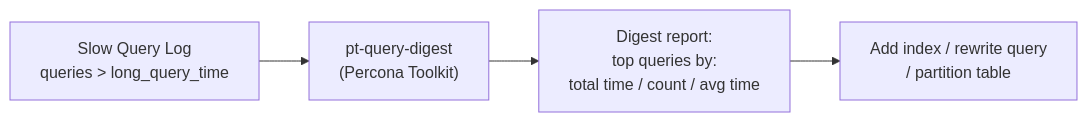
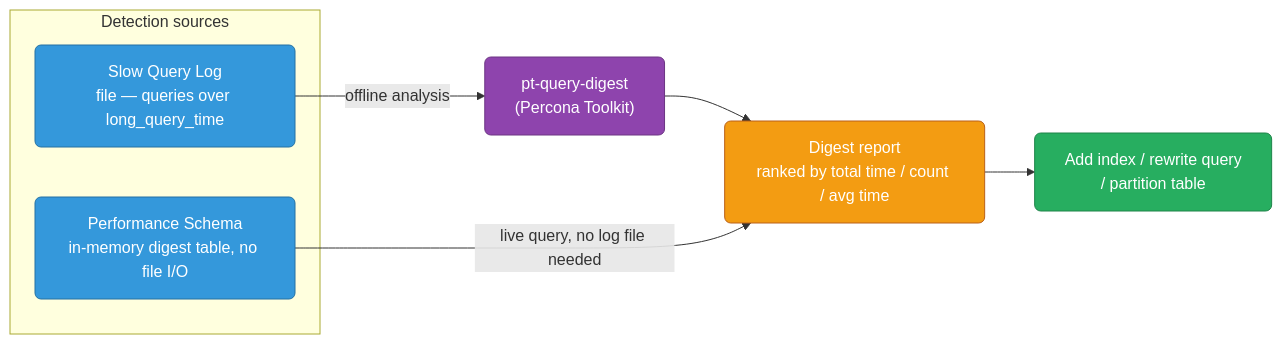
One commit to deepanshu-rawat6/DevOpsIndex changed the sixth of 7 diagrams in databases/mysql-internals.md. Above: the diagram before and after it, drawn with Mermaid. The commit also changed other lines of this file and 7 other files, not shown here.

````diff
--- a/databases/mysql-internals.md
+++ b/databases/mysql-internals.md
@@ -137,6 +409,18 @@
 ```mermaid
 graph LR
-    SQ["Slow Query Log<br>queries > long_query_time"] --> PT
-    PT["pt-query-digest<br>(Percona Toolkit)"] --> REPORT["Digest report:<br>top queries by:<br>total time / count / avg time"]
-    REPORT --> FIX["Add index / rewrite query<br>/ partition table"]
+    classDef source fill:#3498db,stroke:#2471a3,color:#fff,rx:6
+    classDef tool fill:#8e44ad,stroke:#6c3483,color:#fff,rx:6
+    classDef report fill:#f39c12,stroke:#ba6018,color:#fff,rx:6
+    classDef fix fill:#27ae60,stroke:#1e8449,color:#fff,rx:6
+
+    subgraph SOURCES["Detection sources"]
+        SQ["Slow Query Log<br/>file — queries over long_query_time"]:::source
+        PS["Performance Schema<br/>in-memory digest table, no file I/O"]:::source
+    end
+
+    SQ -->|"offline analysis"| PT["pt-query-digest<br/>(Percona Toolkit)"]:::tool
+    PT --> REPORT["Digest report<br/>ranked by total time / count / avg time"]:::report
+    PS -->|"live query, no log file needed"| REPORT
+
+    REPORT --> FIX["Add index / rewrite query<br/>/ partition table"]:::fix
 ```
````
